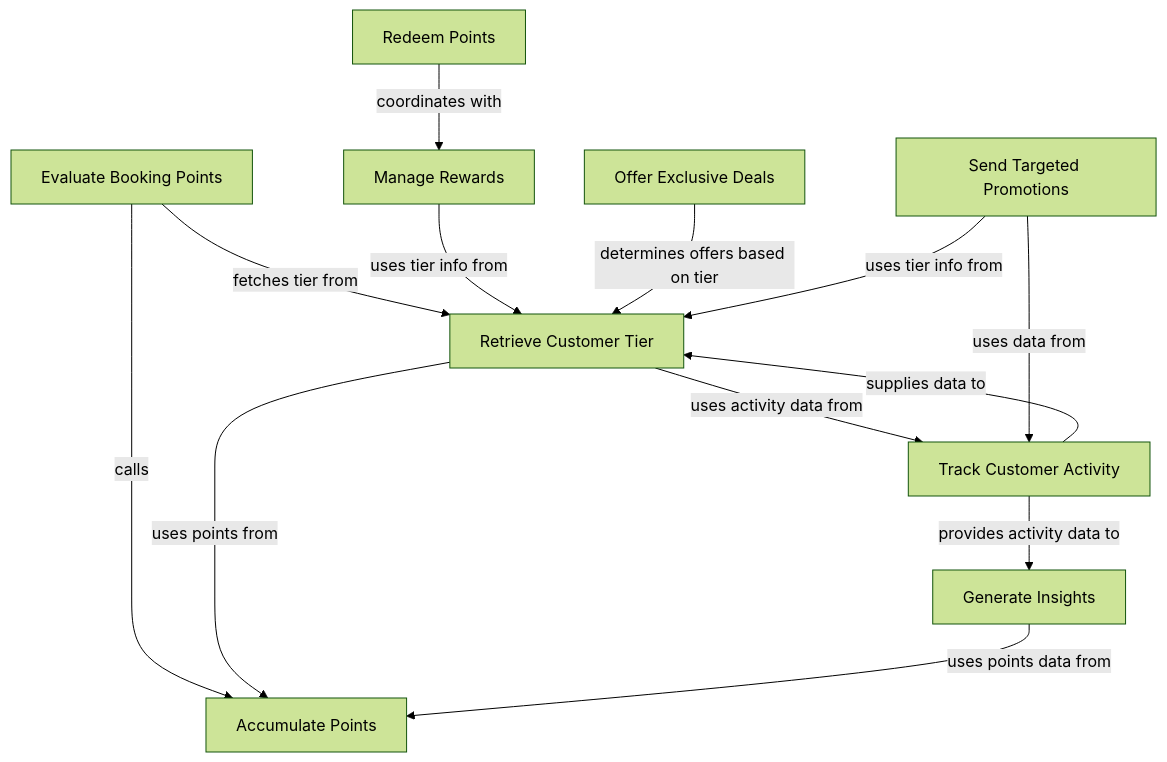
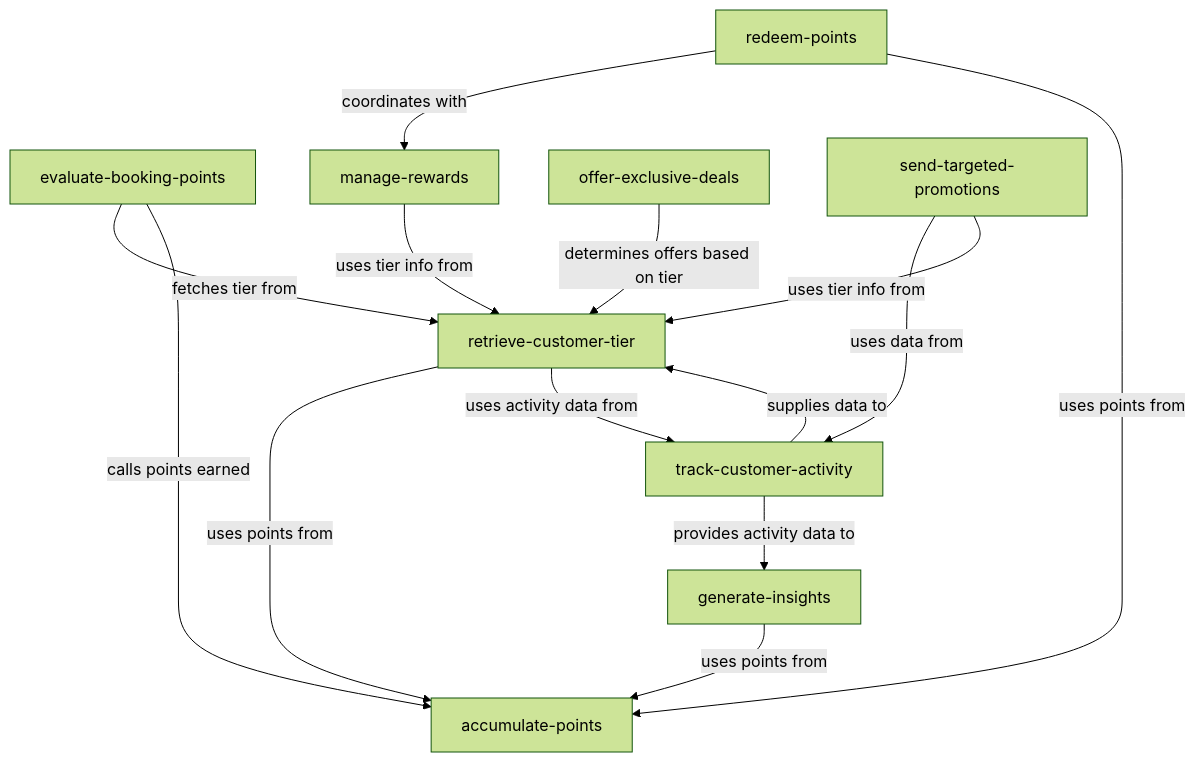
Before and after one commit to juliusz-cwiakalski/jcw-examples: the first of 2 diagrams in bdd-mutation-testing/step2-design.md, drawn with Mermaid (forest theme). The commit also changed other lines of this file and 1 other file, not shown here.

````diff
--- a/bdd-mutation-testing/step2-design.md
+++ b/bdd-mutation-testing/step2-design.md
@@ -42,22 +41,16 @@
 ```mermaid
 graph TD;
-    evaluate-booking-points[Evaluate Booking Points] -->|calls| accumulate-points[Accumulate Points]
-    evaluate-booking-points -->|fetches tier from| retrieve-customer-tier[Retrieve Customer Tier]
-
+    evaluate-booking-points -->|fetches tier from| retrieve-customer-tier
+    evaluate-booking-points -->|calls points earned| accumulate-points
     retrieve-customer-tier -->|uses points from| accumulate-points
-    retrieve-customer-tier -->|uses activity data from| track-customer-activity[Track Customer Activity]
-    
-    manage-rewards[Manage Rewards] -->|uses tier info from| retrieve-customer-tier
-    
-    redeem-points[Redeem Points] -->|coordinates with| manage-rewards
-
-    offer-exclusive-deals[Offer Exclusive Deals] -->|determines offers based on tier| retrieve-customer-tier
-    
+    retrieve-customer-tier -->|uses activity data from| track-customer-activity
+    manage-rewards -->|uses tier info from| retrieve-customer-tier
+    redeem-points -->|coordinates with| manage-rewards
+    redeem-points -->|uses points from| accumulate-points
+    offer-exclusive-deals -->|determines offers based on tier| retrieve-customer-tier
     track-customer-activity -->|supplies data to| retrieve-customer-tier
-    track-customer-activity -->|provides activity data to| generate-insights[Generate Insights]
-    
-    generate-insights -->|uses points data from| accumulate-points
-
-    send-targeted-promotions[Send Targeted Promotions] -->|uses data from| track-customer-activity
+    track-customer-activity -->|provides activity data to| generate-insights
+    generate-insights -->|uses points from| accumulate-points
+    send-targeted-promotions -->|uses data from| track-customer-activity
     send-targeted-promotions -->|uses tier info from| retrieve-customer-tier
 ```
````
